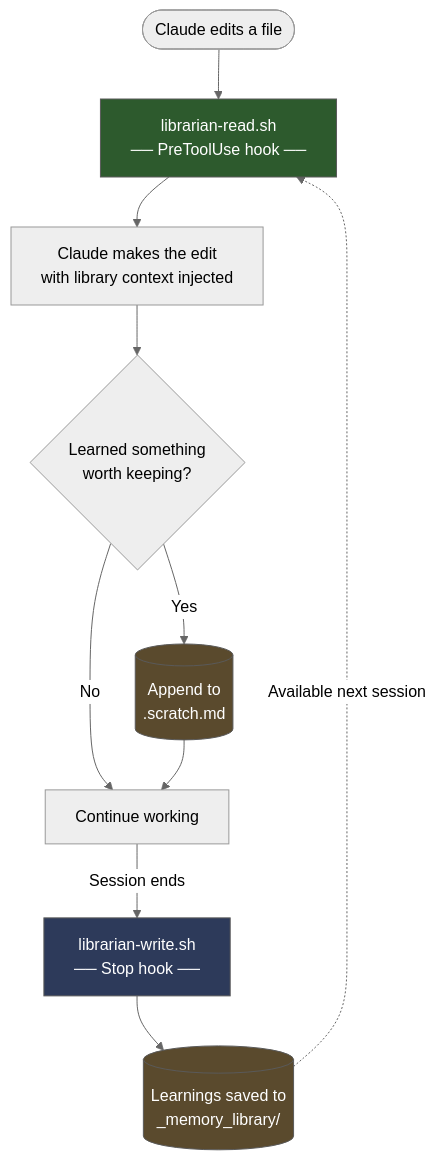
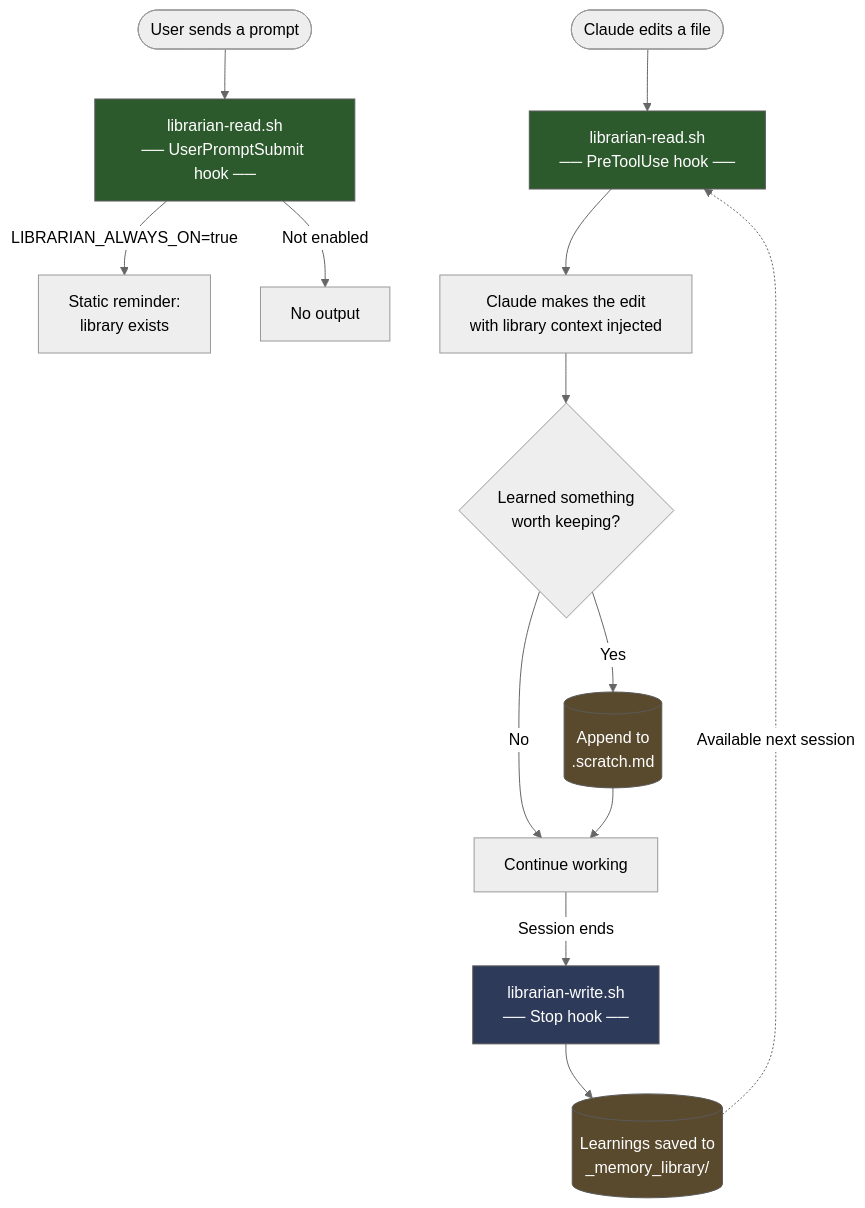
Before and after one commit to mdatla/ai-tools: the diagram in plugins/librarian/README.md, drawn with Mermaid (neutral theme). The commit also changed other lines of this file and 6 other files, not shown here.

````diff
--- a/plugins/librarian/README.md
+++ b/plugins/librarian/README.md
@@ -7,24 +7,32 @@
 ```mermaid
 flowchart TD
+    Prompt(["User sends a prompt"])
+    Prompt --> PromptHook
+
+    PromptHook["librarian-read.sh<br/>── UserPromptSubmit hook ──"]
+    PromptHook -->|"LIBRARIAN_ALWAYS_ON=true"| Reminder["Static reminder:<br/>library exists"]
+    PromptHook -->|"Not enabled"| Silent["No output"]
+
     Edit(["Claude edits a file"])
     Edit --> ReadHook
 
     ReadHook["librarian-read.sh<br/>── PreToolUse hook ──"]
     ReadHook --> EditDone["Claude makes the edit<br/>with library context injected"]
 
     EditDone --> Learns{"Learned something<br/>worth keeping?"}
     Learns -->|Yes| Scratch[("Append to<br/>.scratch.md")]
     Learns -->|No| Next["Continue working"]
     Scratch --> Next
     Next -->|Session ends| WriteHook
 
     WriteHook["librarian-write.sh<br/>── Stop hook ──"]
     WriteHook --> Routed[("Learnings saved to<br/>_memory_library/")]
 
     Routed -.->|"Available next session"| ReadHook
 
+    style PromptHook fill:#2d5a2d,stroke:#5a5a5a,color:#fff
     style ReadHook fill:#2d5a2d,stroke:#5a5a5a,color:#fff
     style WriteHook fill:#2d3a5a,stroke:#5a5a5a,color:#fff
     style Scratch fill:#5a4a2d,stroke:#5a5a5a,color:#fff
     style Routed fill:#5a4a2d,stroke:#5a5a5a,color:#fff
 ```
````
